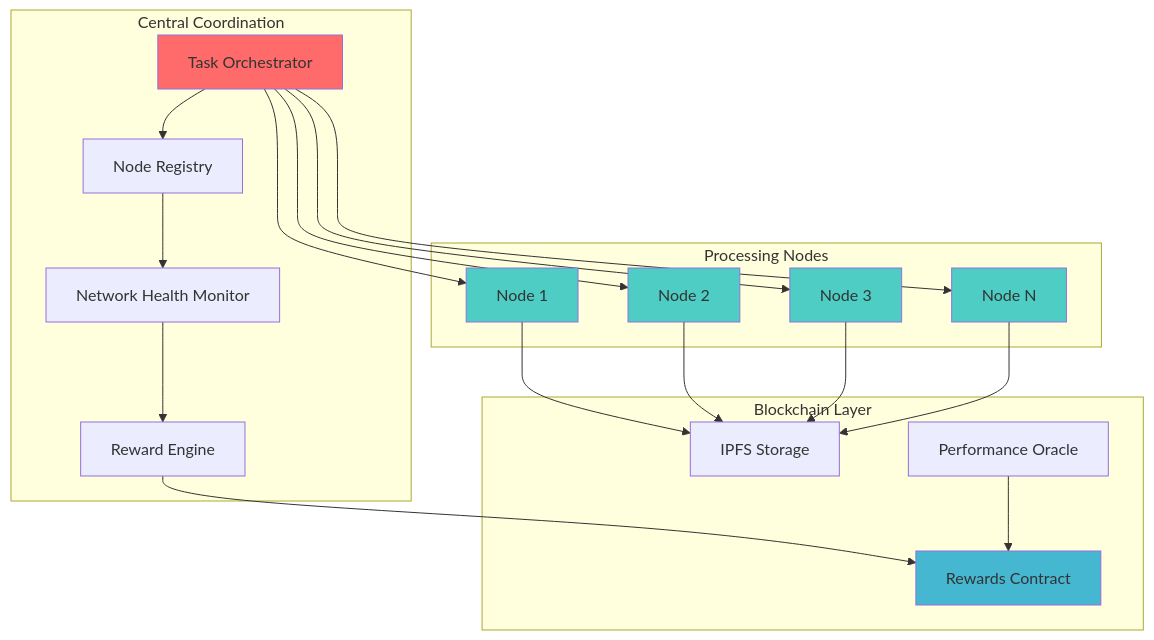
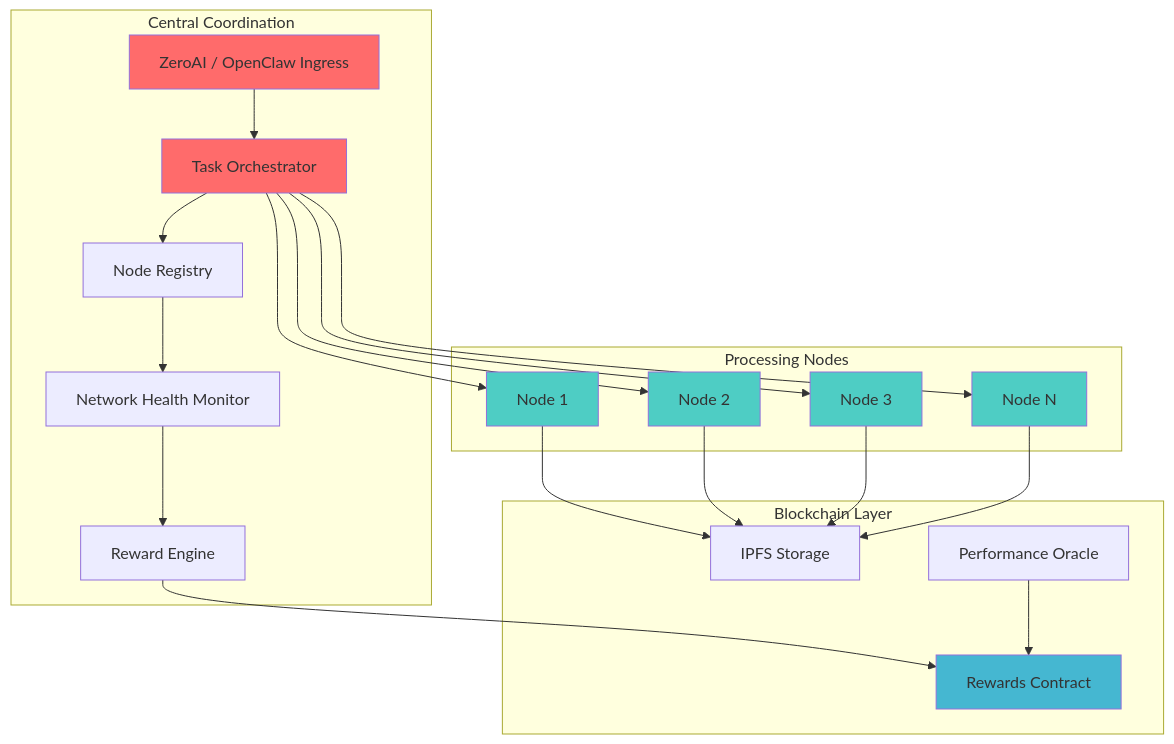
The first of 6 diagrams in docs/architecture/distributed-processing.md (Ultra-Cube/Ultra-AI), drawn with Mermaid before and after one commit. The commit also changed other lines of this file and 2 other files, not shown here.

Commit message:
docs(architecture): align zeroai and distributed docs

````diff
--- a/docs/architecture/distributed-processing.md
+++ b/docs/architecture/distributed-processing.md
@@ -11,46 +13,49 @@
 ```mermaid
 graph TB
     subgraph "Central Coordination"
         Orchestrator[Task Orchestrator]
         NodeRegistry[Node Registry]
         RewardEngine[Reward Engine]
         HealthMonitor[Network Health Monitor]
+      ZeroAIIngress[ZeroAI / OpenClaw Ingress]
     end
     
     subgraph "Processing Nodes"
         Node1[Node 1]
         Node2[Node 2]
         Node3[Node 3]
         NodeN[Node N]
     end
     
     subgraph "Blockchain Layer"
         SmartContract[Rewards Contract]
         IPFS[IPFS Storage]
         Oracle[Performance Oracle]
     end
     
     Orchestrator --> NodeRegistry
+    ZeroAIIngress --> Orchestrator
     Orchestrator --> Node1
     Orchestrator --> Node2
     Orchestrator --> Node3
     Orchestrator --> NodeN
     
     NodeRegistry --> HealthMonitor
     HealthMonitor --> RewardEngine
     RewardEngine --> SmartContract
     
     Node1 --> IPFS
     Node2 --> IPFS
     Node3 --> IPFS
     NodeN --> IPFS
     
     Oracle --> SmartContract
     
     style Orchestrator fill:#ff6b6b
     style Node1 fill:#4ecdc4
     style Node2 fill:#4ecdc4
     style Node3 fill:#4ecdc4
     style NodeN fill:#4ecdc4
     style SmartContract fill:#45b7d1
+    style ZeroAIIngress fill:#ff6b6b
 ```
````
